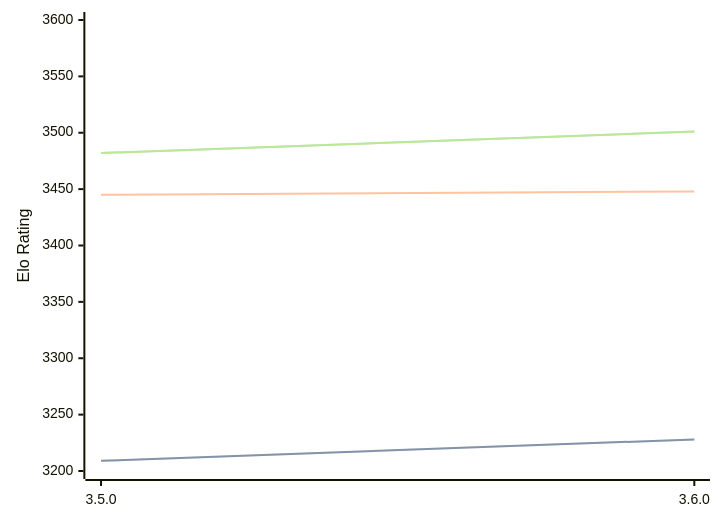
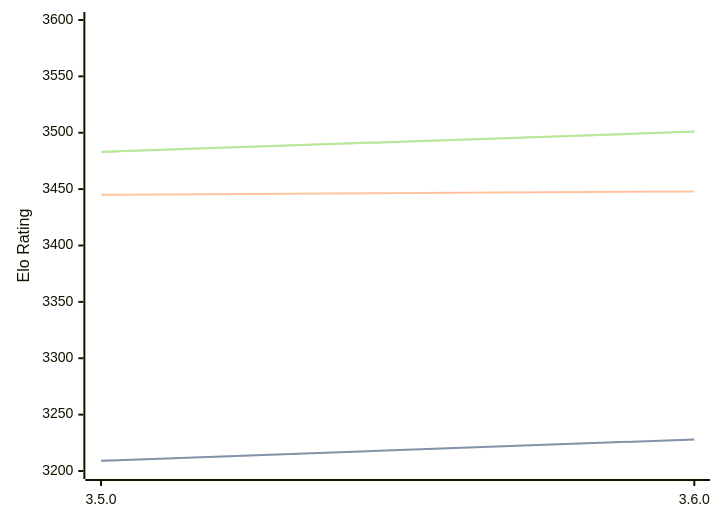
The diagram in engines/Igel.md (computer-chess-index/cci), drawn with Mermaid before and after one commit. The commit also changed other lines of this file, not shown here.

Commit message:
Update CCI Ratings (ELO VLTC) - 2026-03-02

````diff
--- a/engines/Igel.md
+++ b/engines/Igel.md
@@ -66,11 +66,11 @@
 ```mermaid
 %%{init: {"theme":"base","themeVariables":{"seriesColors:['#a3a3a3','#222221','#faa371']}}}%%
 xychart-beta
   x-axis ["3.5.0", "3.6.0"]
   y-axis "Elo Rating" 3200 --> 3600
   line "STC (8.0+0.08s)" [3209, 3228]
   line "STC (8.0+0.08s)" [3209, 3228]
   line "LTC (60.0+0.60s)" [3445, 3448]
-  line "VLTC (2m24s+1.12s)" [3482, 3501]
-  line "VLTC (2m24s+1.12s)" [3482, 3501]
+  line "VLTC (2m24s+1.12s)" [3483, 3501]
+  line "VLTC (2m24s+1.12s)" [3483, 3501]
 ```
````
